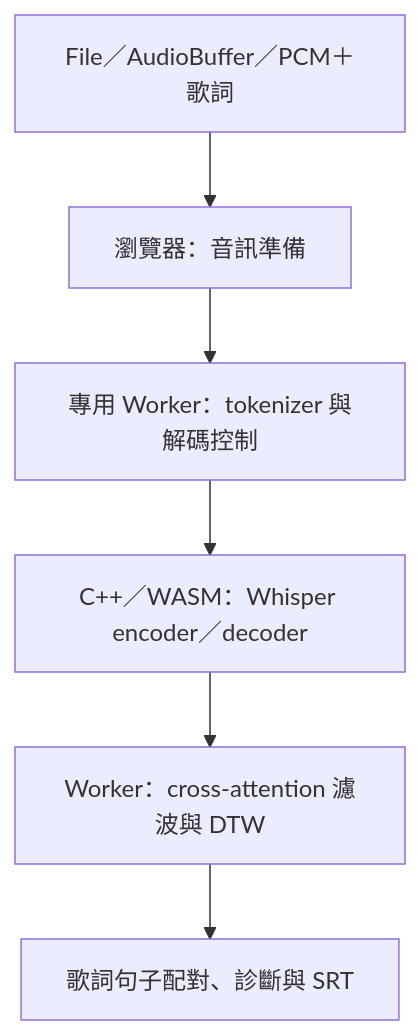
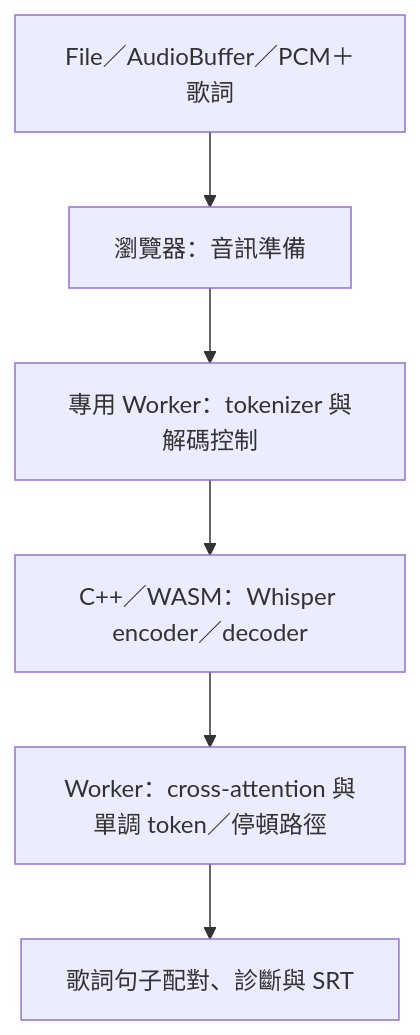
The diagram in README.md (twkevinzhang/lyric-align-ts), drawn with Mermaid before and after one commit. The commit also changed other lines of this file and 63 other files, not shown here.

````diff
--- a/README.md
+++ b/README.md
@@ -101,8 +101,8 @@
 ```mermaid
 flowchart TD
     A[File／AudioBuffer／PCM＋歌詞] --> B[瀏覽器：音訊準備]
     B --> C[專用 Worker：tokenizer 與解碼控制]
     C --> D[C++／WASM：Whisper encoder／decoder]
-    D --> E[Worker：cross-attention 濾波與 DTW]
+    D --> E[Worker：cross-attention 與單調 token／停頓路徑]
     E --> F[歌詞句子配對、診斷與 SRT]
 ```
````
